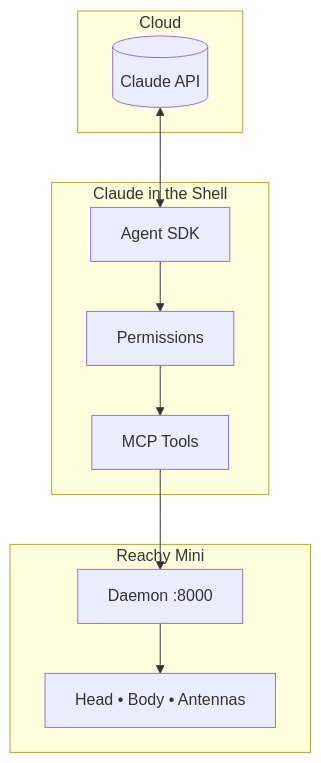
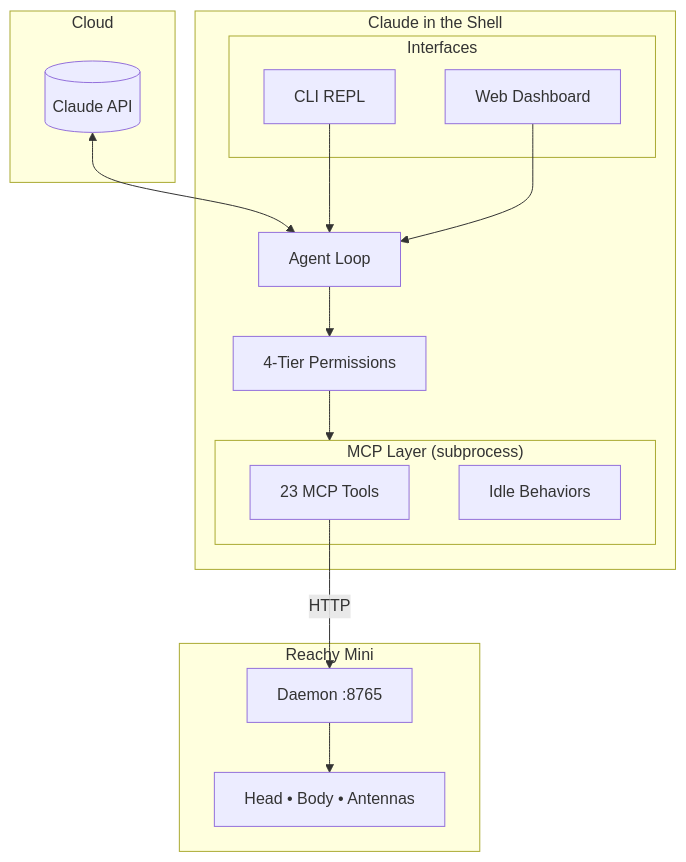
Before and after one commit to jawhnycooke/claude-in-the-shell: the first of 2 diagrams in README.md, drawn with Mermaid. The commit also changed other lines of this file and 3 other files, not shown here.

First line of the commit message:
docs: Update documentation to reflect 23-tool architecture

````diff
--- a/README.md
+++ b/README.md
@@ -20,23 +20,34 @@
 ```mermaid
 flowchart TB
     subgraph Cloud["Cloud"]
         CLAUDE[("Claude API")]
     end
 
     subgraph Agent["Claude in the Shell"]
-        SDK["Agent SDK"]
-        PERM["Permissions"]
-        MCP["MCP Tools"]
+        SDK["Agent Loop"]
+        PERM["4-Tier Permissions"]
+
+        subgraph Interface["Interfaces"]
+            CLI["CLI REPL"]
+            WEB["Web Dashboard"]
+        end
+
+        subgraph MCP["MCP Layer (subprocess)"]
+            TOOLS["23 MCP Tools"]
+            IDLE["Idle Behaviors"]
+        end
     end
 
     subgraph Hardware["Reachy Mini"]
-        DAEMON["Daemon :8000"]
+        DAEMON["Daemon :8765"]
         ROBOT["Head • Body • Antennas"]
     end
 
     CLAUDE <--> SDK
     SDK --> PERM
     PERM --> MCP
-    MCP --> DAEMON
+    CLI --> SDK
+    WEB --> SDK
+    TOOLS -->|HTTP| DAEMON
     DAEMON --> ROBOT
 ```
````
